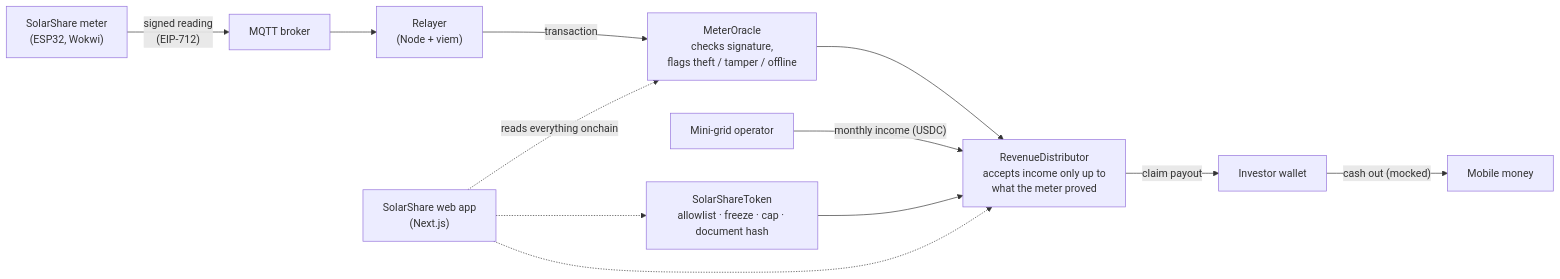
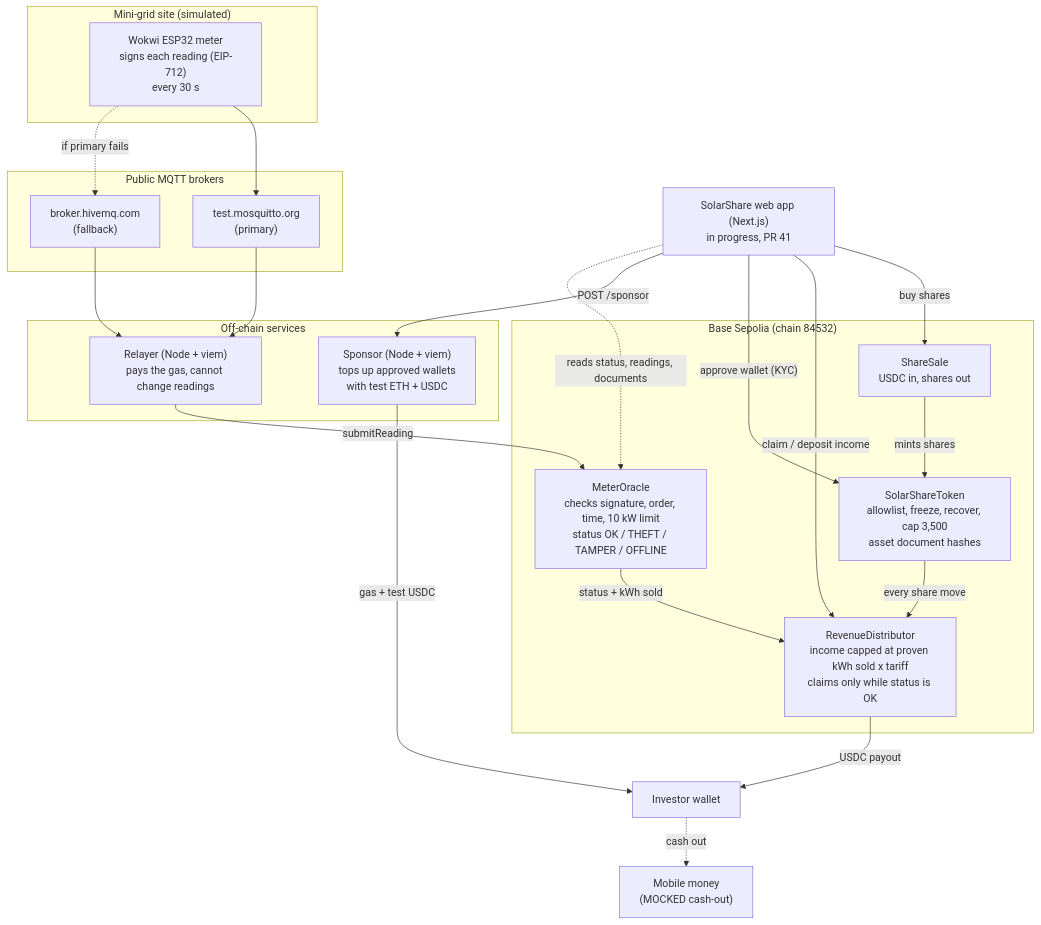
The diagram in README.md (ORANKIIEY/SolarShare), drawn with Mermaid before and after one commit. The commit also changed other lines of this file, not shown here.

Commit message:
Draft the final README: asset first, architecture diagram, MVP evidence, real vs mocked, setup steps and risks (part of #29)

````diff
--- a/README.md
+++ b/README.md
@@ -43,14 +56,44 @@
 ```mermaid
-flowchart LR
-    M["SolarShare meter<br/>(ESP32, Wokwi)"] -- "signed reading<br/>(EIP-712)" --> B["MQTT broker"]
-    B --> R["Relayer<br/>(Node + viem)"]
-    R -- "transaction" --> O["MeterOracle<br/>checks signature,<br/>flags theft / tamper / offline"]
-    O --> D["RevenueDistributor<br/>accepts income only up to<br/>what the meter proved"]
-    Op["Mini-grid operator"] -- "monthly income (USDC)" --> D
-    T["SolarShareToken<br/>allowlist · freeze · cap · document hash"] --> D
-    D -- "claim payout" --> I["Investor wallet"]
-    I -- "cash out (mocked)" --> MM["Mobile money"]
-    W["SolarShare web app<br/>(Next.js)"] -. "reads everything onchain" .-> O
-    W -.-> T
-    W -.-> D
+flowchart TB
+    subgraph Site["Mini-grid site (simulated)"]
+        M["Wokwi ESP32 meter<br/>signs each reading (EIP-712)<br/>every 30 s"]
+    end
+
+    subgraph Brokers["Public MQTT brokers"]
+        B1["test.mosquitto.org<br/>(primary)"]
+        B2["broker.hivemq.com<br/>(fallback)"]
+    end
+
+    subgraph Services["Off-chain services"]
+        R["Relayer (Node + viem)<br/>pays the gas, cannot change readings"]
+        S["Sponsor (Node + viem)<br/>tops up approved wallets<br/>with test ETH + USDC"]
+    end
+
+    subgraph Chain["Base Sepolia (chain 84532)"]
+        O["MeterOracle<br/>checks signature, order, time, 10 kW limit<br/>status OK / THEFT / TAMPER / OFFLINE"]
+        D["RevenueDistributor<br/>income capped at proven kWh sold x tariff<br/>claims only while status is OK"]
+        T["SolarShareToken<br/>allowlist, freeze, recover, cap 3,500<br/>asset document hashes"]
+        SS["ShareSale<br/>USDC in, shares out"]
+    end
+
+    W["SolarShare web app (Next.js)<br/>in progress, PR 41"]
+    Inv["Investor wallet"]
+    MM["Mobile money<br/>(MOCKED cash-out)"]
+
+    M --> B1
+    M -. "if primary fails" .-> B2
+    B1 --> R
+    B2 --> R
+    R -- "submitReading" --> O
+    O -- "status + kWh sold" --> D
+    T -- "every share move" --> D
+    SS -- "mints shares" --> T
+    W -- "buy shares" --> SS
+    W -- "claim / deposit income" --> D
+    W -- "approve wallet (KYC)" --> T
+    W -- "POST /sponsor" --> S
+    S -- "gas + test USDC" --> Inv
+    W -. "reads status, readings, documents" .-> O
+    D -- "USDC payout" --> Inv
+    Inv -. "cash out" .-> MM
 ```
````
